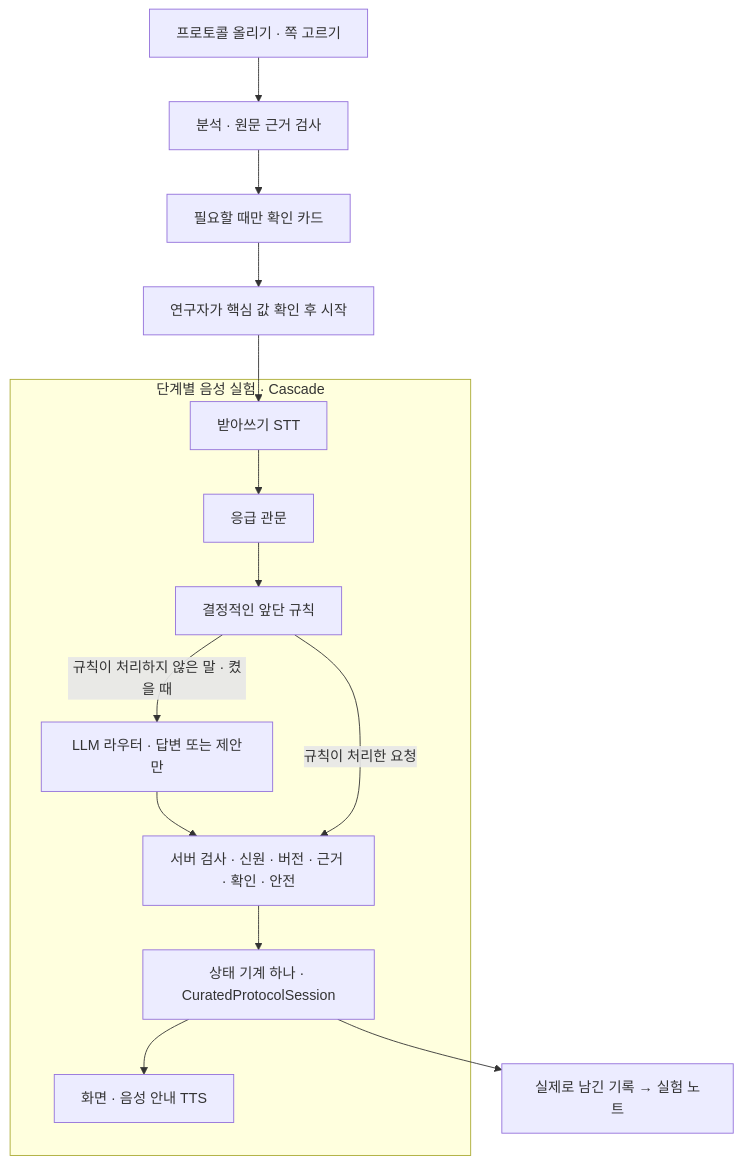
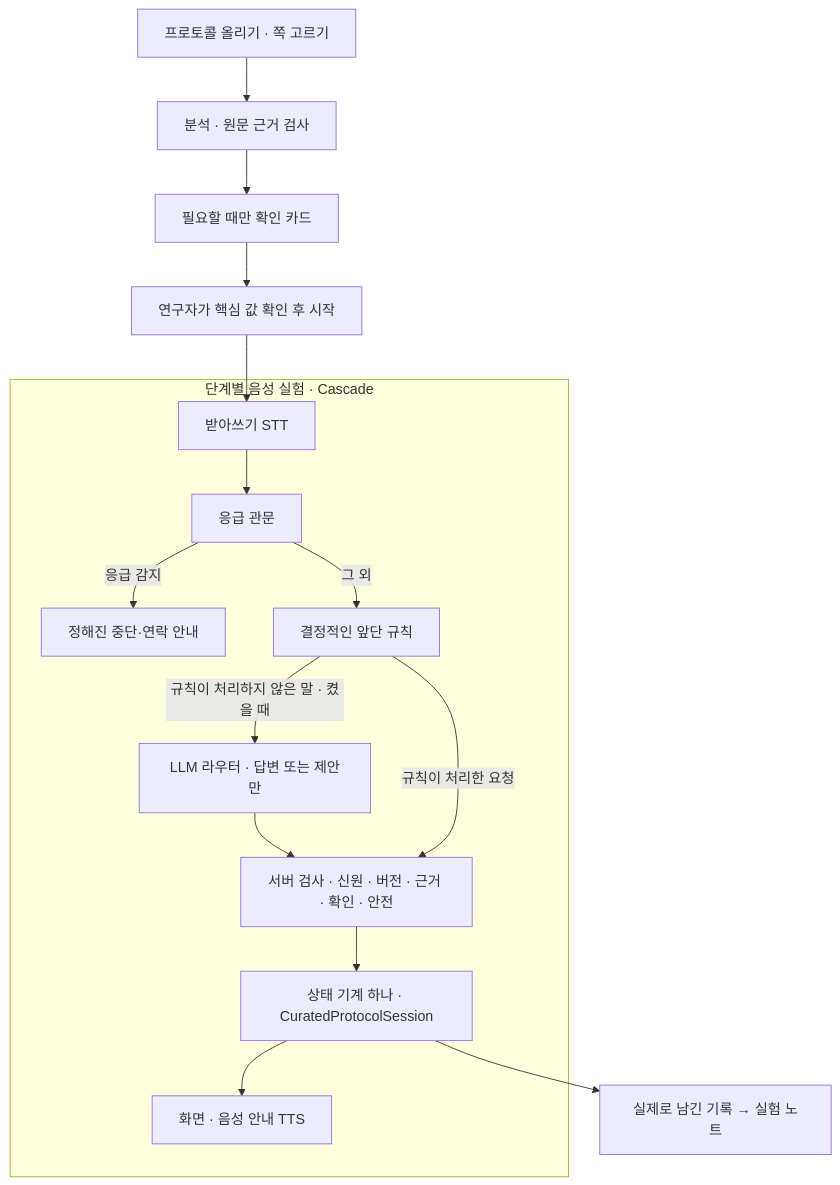
The diagram in README.md (jaeiko/voiney-lab), drawn with Mermaid before and after one commit. The commit also changed other lines of this file, not shown here.

Commit message:
Clarify emergency bypass and public measurement references in README

````diff
--- a/README.md
+++ b/README.md
@@ -94,17 +94,18 @@
 ```mermaid
 flowchart TD
     upload["프로토콜 올리기 · 쪽 고르기"] --> analysis["분석 · 원문 근거 검사"]
     analysis --> cards["필요할 때만 확인 카드"]
     cards --> start["연구자가 핵심 값 확인 후 시작"]
     subgraph voice["단계별 음성 실험 · Cascade"]
         stt["받아쓰기 STT"] --> emergency["응급 관문"]
-        emergency --> rules["결정적인 앞단 규칙"]
+        emergency -->|"응급 감지"| fixed["정해진 중단·연락 안내"]
+        emergency -->|"그 외"| rules["결정적인 앞단 규칙"]
         rules -->|"규칙이 처리하지 않은 말 · 켰을 때"| router["LLM 라우터 · 답변 또는 제안만"]
         router --> checks["서버 검사 · 신원 · 버전 · 근거 · 확인 · 안전"]
         rules -->|"규칙이 처리한 요청"| checks
         checks --> state["상태 기계 하나 · CuratedProtocolSession"]
         state --> tts["화면 · 음성 안내 TTS"]
     end
     start --> stt
     state --> notebook["실제로 남긴 기록 → 실험 노트"]
 ```
````
